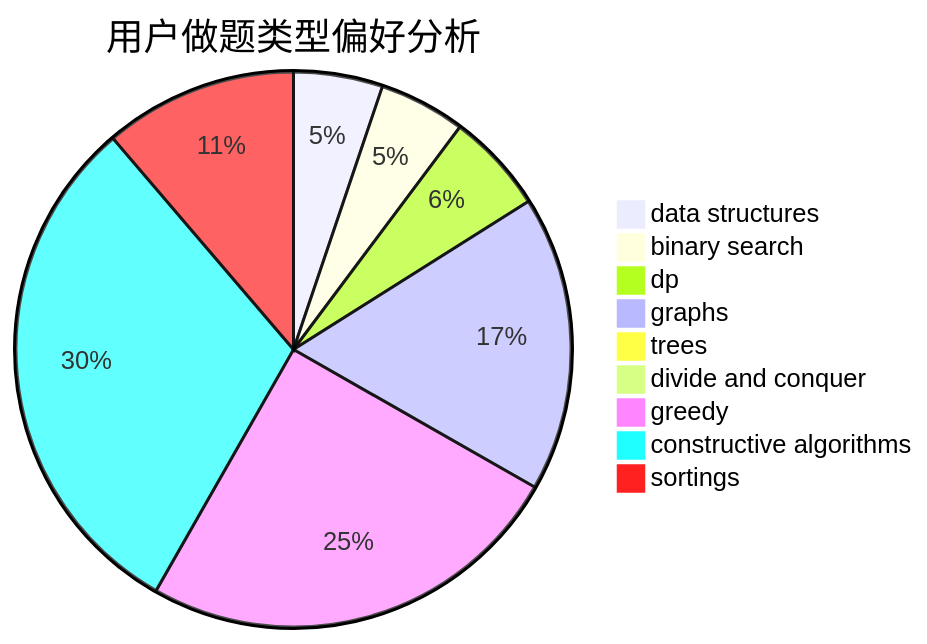
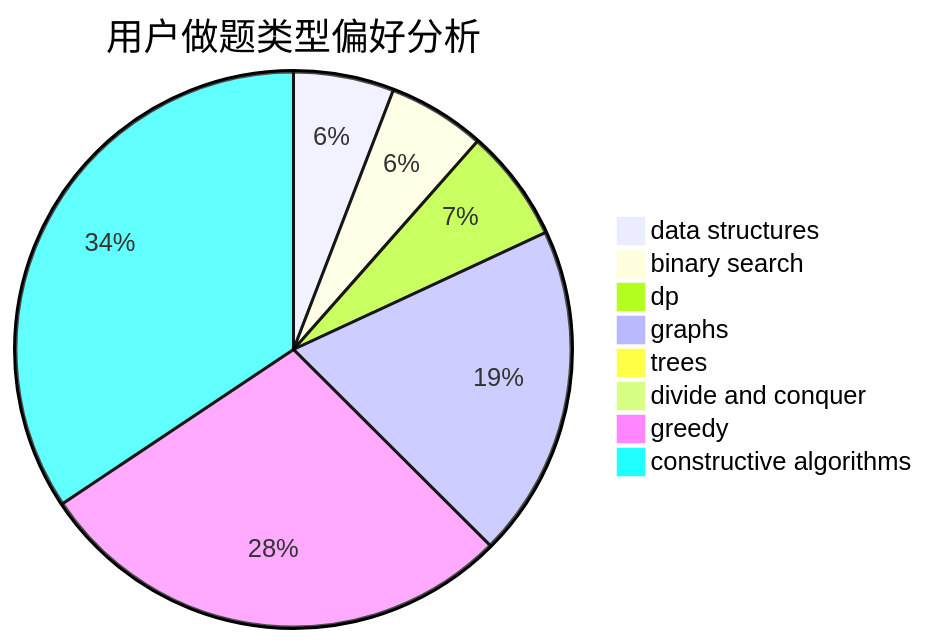
Before and after one commit to sherpahu/cfrs.github.io: the second of 3 diagrams in docs/user/u347.md, drawn with Mermaid. The commit also changed other lines of this file and 2769 other files, not shown here.

````diff
--- a/docs/user/u347.md
+++ b/docs/user/u347.md
@@ -18,12 +18,11 @@
 ```mermaid
 pie title 用户做题类型偏好分析
     "data structures" :  130
     "binary search" :  126
     "dp" :  146
     "graphs" :  431
     "trees" :  13
     "divide and conquer" :  0
     "greedy" :  626
     "constructive algorithms" :  764
-    "sortings" :  282
 ```
````
